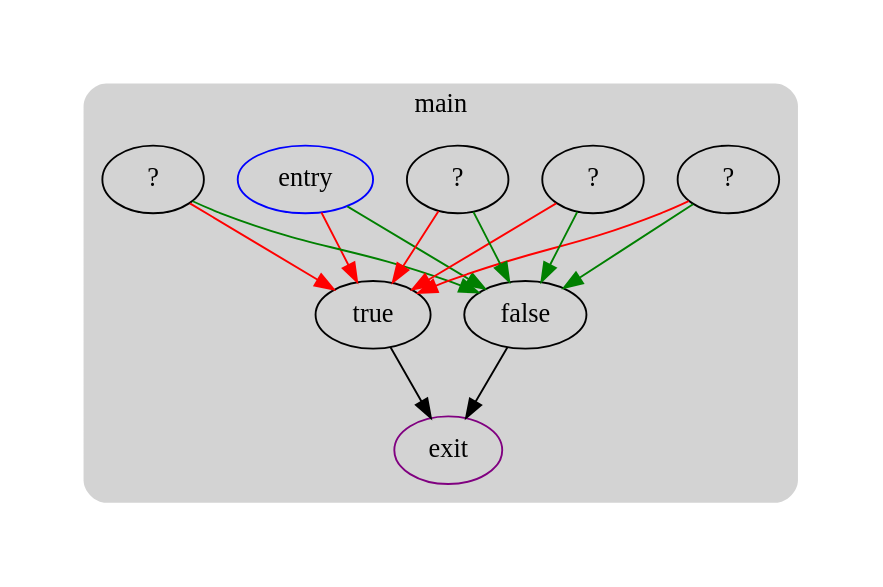
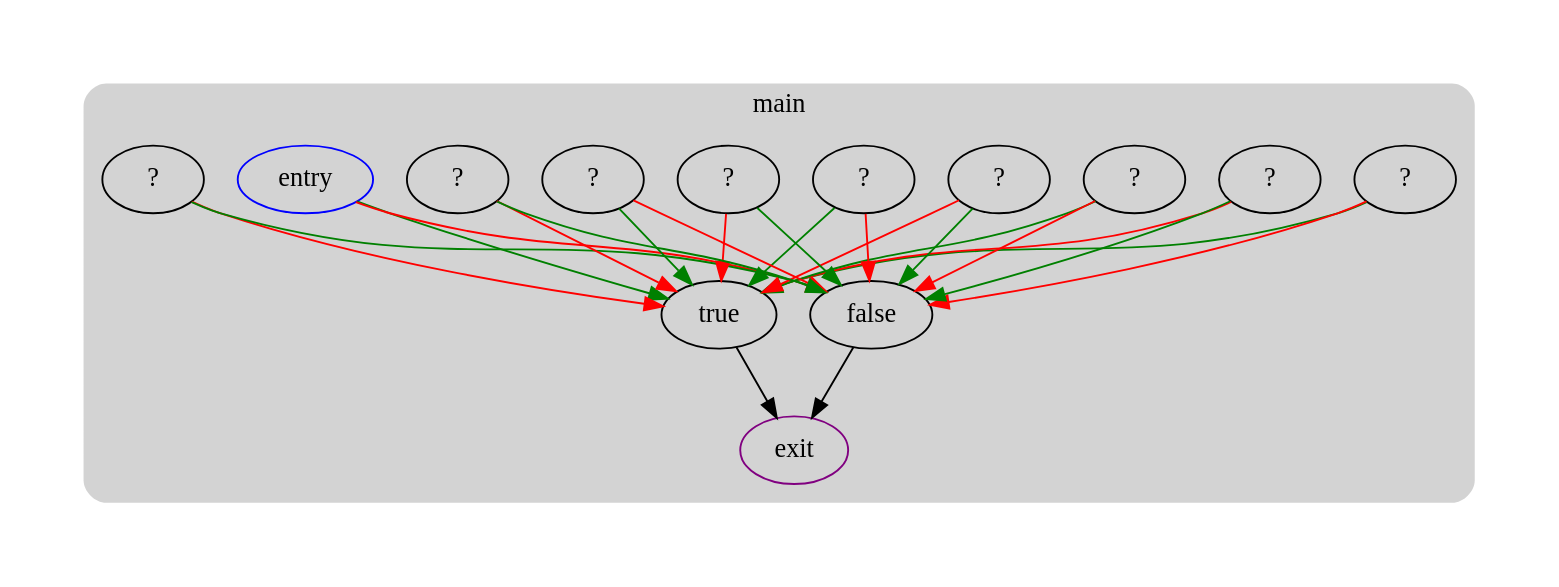
Before and after one commit to UnsignedByte/6120: the diagram in playground/unlabeled-bbs.cfg.dot, drawn with Graphviz. The commit also changed 122 other files, not shown here.

```diff
--- a/playground/unlabeled-bbs.cfg.dot
+++ b/playground/unlabeled-bbs.cfg.dot
@@ -1,38 +1,53 @@
 digraph G {
   compound=true
   subgraph cluster_ {
     peripheries=0
     margin=10
     subgraph cluster_0_wrapper {
       peripheries=0
       margin=15
       subgraph cluster_0 {
         label="main"
         color=darkgray
         style=rounded
         bgcolor=lightgray
         margin=10
         cluster_0_0[label="entry",shape=oval,color=blue,rank=source]
         cluster_0_1[label="?",shape=oval]
         cluster_0_2[label="?",shape=oval]
         cluster_0_3[label="?",shape=oval]
         cluster_0_4[label="?",shape=oval]
-        cluster_0_5[label="true",shape=oval]
-        cluster_0_6[label="false",shape=oval]
+        cluster_0_5[label="?",shape=oval]
+        cluster_0_6[label="?",shape=oval]
+        cluster_0_7[label="?",shape=oval]
+        cluster_0_8[label="?",shape=oval]
+        cluster_0_9[label="?",shape=oval]
+        cluster_0_10[label="true",shape=oval]
+        cluster_0_11[label="false",shape=oval]
         cluster_0_exit[label=exit,color=purple,rank=sink]
-        cluster_0_0 -> cluster_0_6 [color=green]
-        cluster_0_0 -> cluster_0_5 [color=red]
-        cluster_0_1 -> cluster_0_6 [color=green]
-        cluster_0_1 -> cluster_0_5 [color=red]
-        cluster_0_2 -> cluster_0_6 [color=green]
-        cluster_0_2 -> cluster_0_5 [color=red]
-        cluster_0_3 -> cluster_0_6 [color=green]
-        cluster_0_3 -> cluster_0_5 [color=red]
-        cluster_0_4 -> cluster_0_6 [color=green]
-        cluster_0_4 -> cluster_0_5 [color=red]
-        cluster_0_5 -> cluster_0_exit [color=black]
-        cluster_0_6 -> cluster_0_exit [color=black]
+        cluster_0_0 -> cluster_0_10 [color=green]
+        cluster_0_0 -> cluster_0_11 [color=red]
+        cluster_0_1 -> cluster_0_11 [color=green]
+        cluster_0_1 -> cluster_0_10 [color=red]
+        cluster_0_2 -> cluster_0_10 [color=green]
+        cluster_0_2 -> cluster_0_11 [color=red]
+        cluster_0_3 -> cluster_0_11 [color=green]
+        cluster_0_3 -> cluster_0_10 [color=red]
+        cluster_0_4 -> cluster_0_10 [color=green]
+        cluster_0_4 -> cluster_0_11 [color=red]
+        cluster_0_5 -> cluster_0_11 [color=green]
+        cluster_0_5 -> cluster_0_10 [color=red]
+        cluster_0_6 -> cluster_0_10 [color=green]
+        cluster_0_6 -> cluster_0_11 [color=red]
+        cluster_0_7 -> cluster_0_11 [color=green]
+        cluster_0_7 -> cluster_0_10 [color=red]
+        cluster_0_8 -> cluster_0_10 [color=green]
+        cluster_0_8 -> cluster_0_11 [color=red]
+        cluster_0_9 -> cluster_0_11 [color=green]
+        cluster_0_9 -> cluster_0_10 [color=red]
+        cluster_0_10 -> cluster_0_exit [color=black]
+        cluster_0_11 -> cluster_0_exit [color=black]
       }
     }
   }
 }
```
